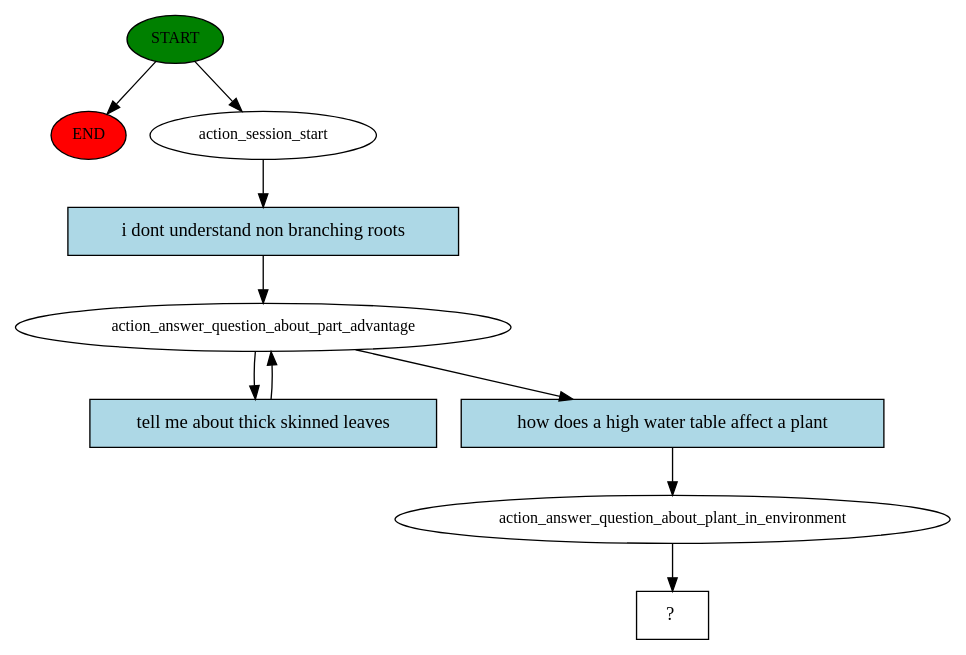
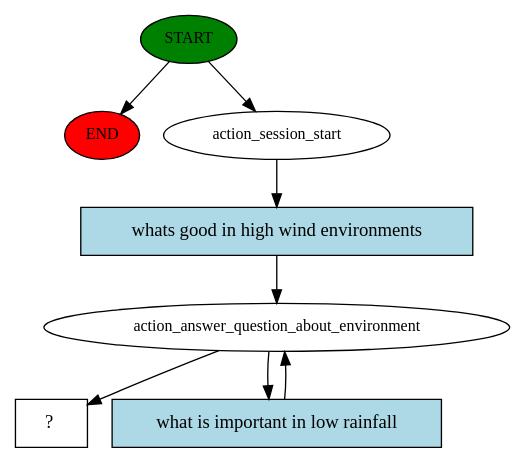
The diagram in story_graph.dot (gozlen/virtual-assistant), drawn with Graphviz before and after one commit. The commit also changed 5 other files, not shown here.

Commit message:
codes for questions about the environment

```diff
--- a/story_graph.dot
+++ b/story_graph.dot
@@ -1,20 +1,16 @@
 digraph  {
 0 [class="start active", fillcolor=green, fontsize=12, label=START, style=filled];
 "-1" [class=end, fillcolor=red, fontsize=12, label=END, style=filled];
 1 [class=active, fontsize=12, label=action_session_start];
-2 [class=active, fontsize=12, label=action_answer_question_about_part_advantage];
-5 [class=active, fontsize=12, label=action_answer_question_about_plant_in_environment];
+2 [class=active, fontsize=12, label=action_answer_question_about_environment];
 6 [class="intent dashed active", label="  ?  ", shape=rect];
-7 [class="intent active", fillcolor=lightblue, label="i dont understand non branching roots", shape=rect, style=filled];
-8 [class="intent active", fillcolor=lightblue, label="tell me about thick skinned leaves", shape=rect, style=filled];
-9 [class="intent active", fillcolor=lightblue, label="how does a high water table affect a plant", shape=rect, style=filled];
+7 [class="intent active", fillcolor=lightblue, label="whats good in high wind environments", shape=rect, style=filled];
+8 [class="intent active", fillcolor=lightblue, label="what is important in low rainfall", shape=rect, style=filled];
 0 -> "-1"  [class="", key=NONE, label=""];
 0 -> 1  [class=active, key=NONE, label=""];
 1 -> 7  [class=active, key=0];
+2 -> 6  [class=active, key=NONE, label=""];
 2 -> 8  [class=active, key=0];
-2 -> 9  [class=active, key=0];
-5 -> 6  [class=active, key=NONE, label=""];
 7 -> 2  [class=active, key=0];
 8 -> 2  [class=active, key=0];
-9 -> 5  [class=active, key=0];
 }
```
